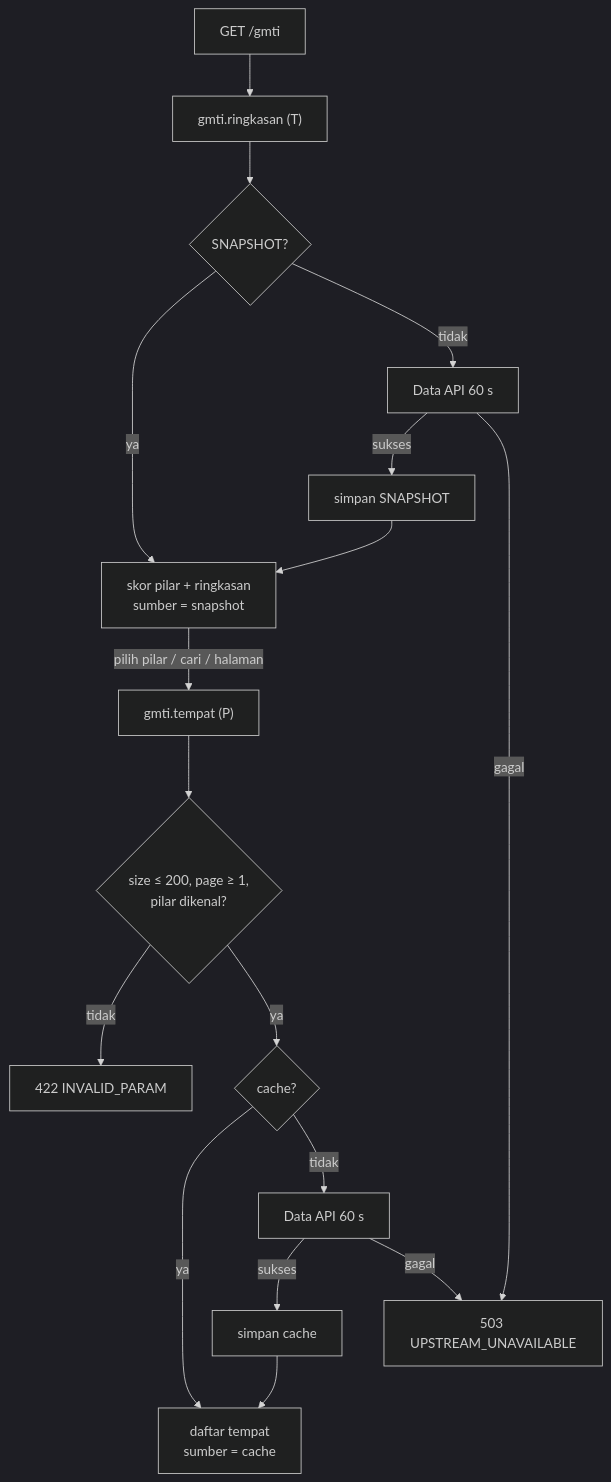
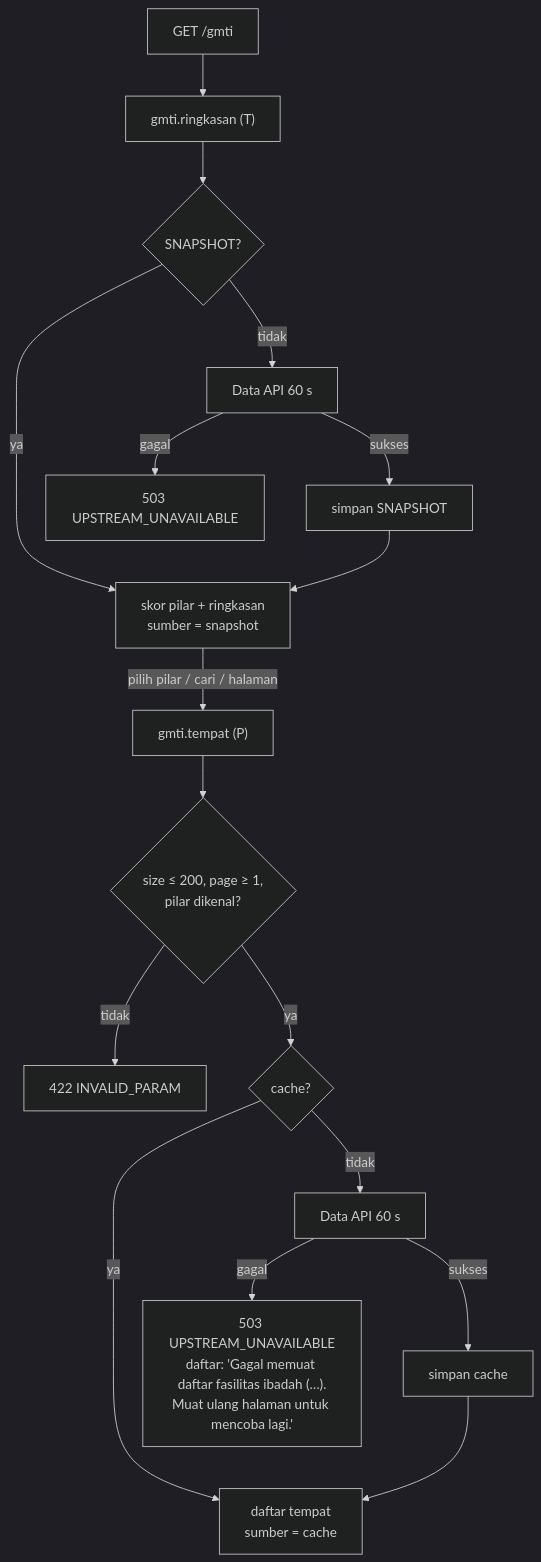
The diagram in port/docs/flowchart/gmti.md (RantAI-dev/DisparDataPlatform), drawn with Mermaid (dark theme) before and after one commit. The commit also changed other lines of this file and 30 other files, not shown here.

````diff
--- a/port/docs/flowchart/gmti.md
+++ b/port/docs/flowchart/gmti.md
@@ -15,15 +15,15 @@
 ```mermaid
 flowchart TD
     P["GET /gmti"] --> R["gmti.ringkasan (T)"]
     R --> T{"SNAPSHOT?"}
     T -- ya --> OK["skor pilar + ringkasan<br/>sumber = snapshot"]
     T -- tidak --> D["Data API 60 s"] -- sukses --> W["simpan SNAPSHOT"] --> OK
     D -- gagal --> E503["503 UPSTREAM_UNAVAILABLE"]
     OK -->|"pilih pilar / cari / halaman"| TP["gmti.tempat (P)"]
     TP --> V{"size ≤ 200, page ≥ 1,<br/>pilar dikenal?"}
     V -- tidak --> E422["422 INVALID_PARAM"]
     V -- ya --> C{"cache?"}
     C -- ya --> L["daftar tempat<br/>sumber = cache"]
     C -- tidak --> D2["Data API 60 s"] -- sukses --> CW["simpan cache"] --> L
-    D2 -- gagal --> E503
+    D2 -- gagal --> E503P["503 UPSTREAM_UNAVAILABLE<br/>daftar: 'Gagal memuat daftar fasilitas ibadah (…).<br/>Muat ulang halaman untuk mencoba lagi.'"]
 ```
````
